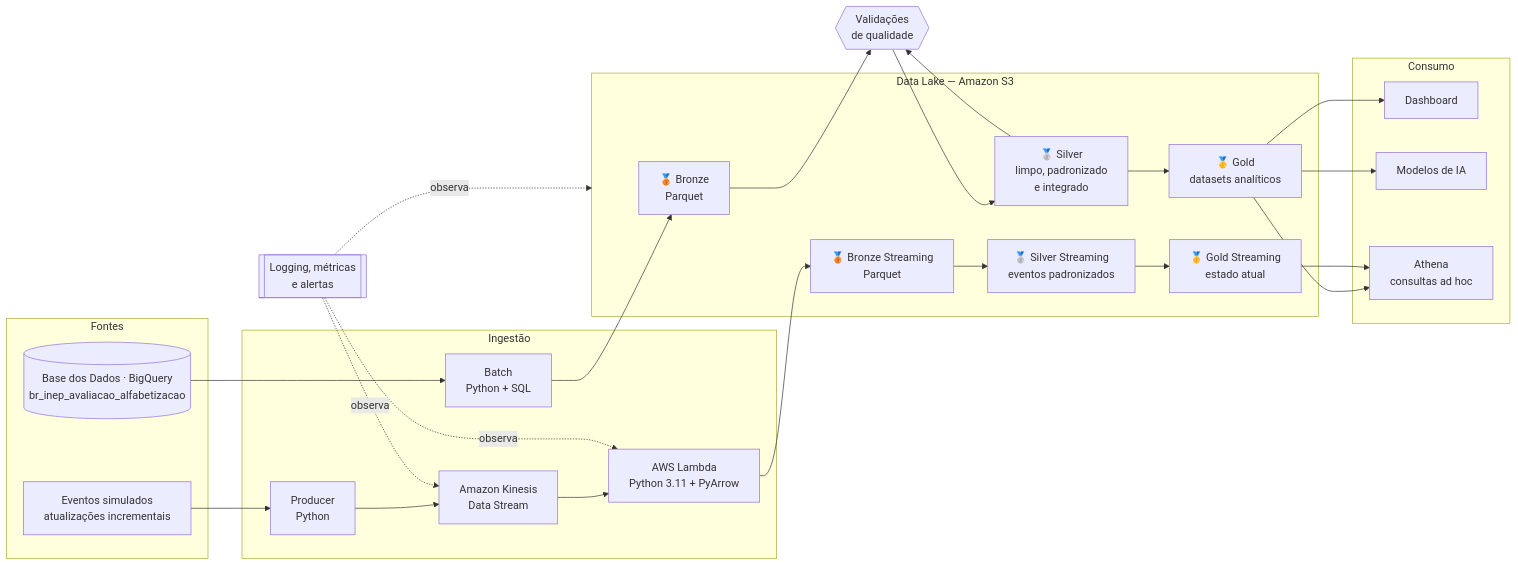
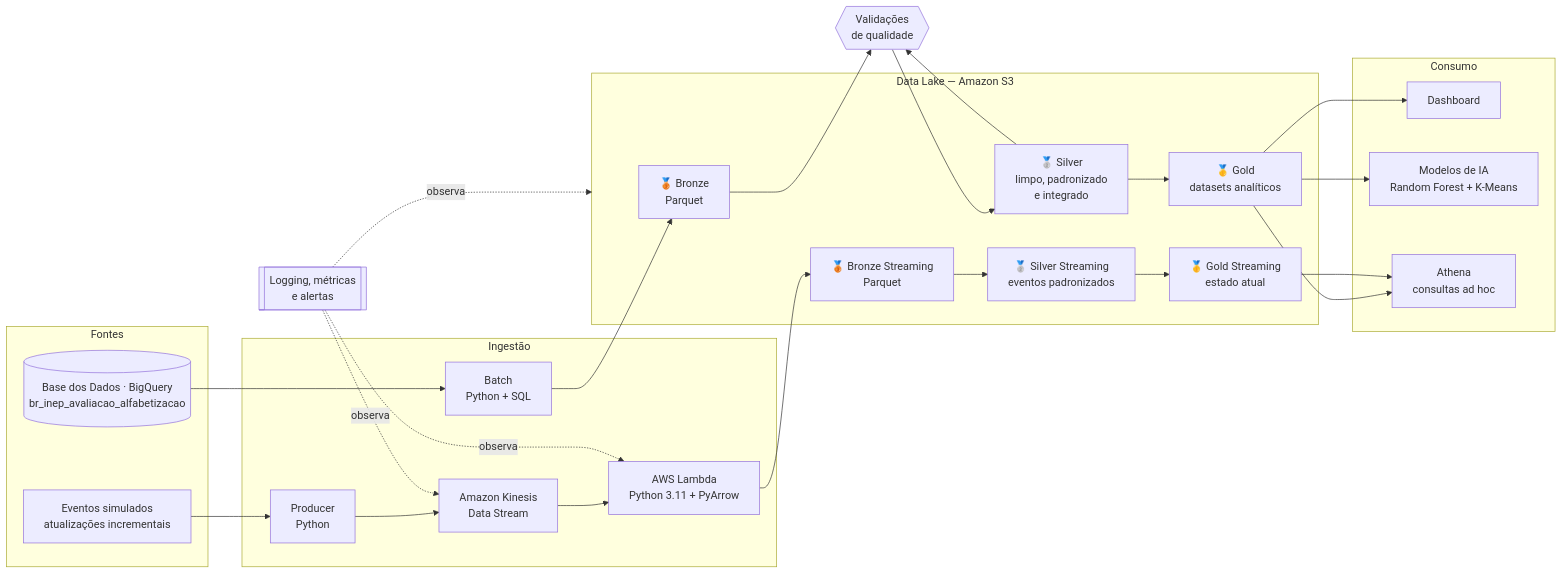
The diagram in README.md (LiraJoviniano/fiap-ai-scientist-fase-02), drawn with Mermaid before and after one commit. The commit also changed other lines of this file and 15 other files, not shown here.

````diff
--- a/README.md
+++ b/README.md
@@ -108,51 +112,51 @@
 ```mermaid
 flowchart LR
     subgraph FONTE["Fontes"]
         BQ[("Base dos Dados · BigQuery<br/>br_inep_avaliacao_alfabetizacao")]
         EVENTO["Eventos simulados<br/>atualizações incrementais"]
     end
 
     subgraph INGEST["Ingestão"]
         BATCH["Batch<br/>Python + SQL"]
         PROD["Producer<br/>Python"]
         KIN["Amazon Kinesis<br/>Data Stream"]
         LAMBDA["AWS Lambda<br/>Python 3.11 + PyArrow"]
     end
 
     subgraph LAKE["Data Lake — Amazon S3"]
         BRONZE["🥉 Bronze<br/>Parquet"]
         SILVER["🥈 Silver<br/>limpo, padronizado<br/>e integrado"]
         GOLD["🥇 Gold<br/>datasets analíticos"]
         BRONZE_STREAM["🥉 Bronze Streaming<br/>Parquet"]
         SILVER_STREAM["🥈 Silver Streaming<br/>eventos padronizados"]
         GOLD_STREAM["🥇 Gold Streaming<br/>estado atual"]
     end
 
     subgraph CONSUMO["Consumo"]
         DASH["Dashboard"]
-        ML["Modelos de IA"]
+        ML["Modelos de IA<br/>Random Forest + K-Means"]
         SQL["Athena<br/>consultas ad hoc"]
     end
 
     QA{{"Validações<br/>de qualidade"}}
     OBS[["Logging, métricas<br/>e alertas"]]
 
     BQ --> BATCH
     EVENTO --> PROD
     PROD --> KIN
     KIN --> LAMBDA
     BATCH --> BRONZE
     LAMBDA --> BRONZE_STREAM
     BRONZE --> QA --> SILVER
     SILVER --> QA
     SILVER --> GOLD
     BRONZE_STREAM --> SILVER_STREAM
     SILVER_STREAM --> GOLD_STREAM
     GOLD --> DASH
     GOLD --> ML
     GOLD --> SQL
     GOLD_STREAM --> SQL
     OBS -.observa.-> KIN
     OBS -.observa.-> LAMBDA
     OBS -.observa.-> LAKE
 ```
````
